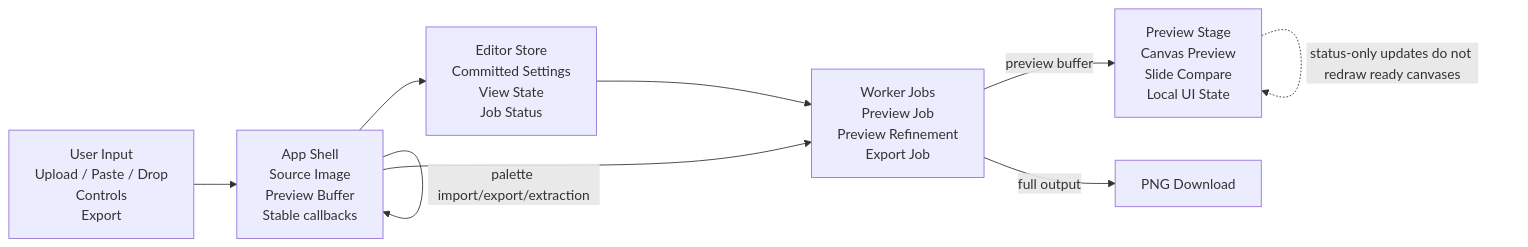
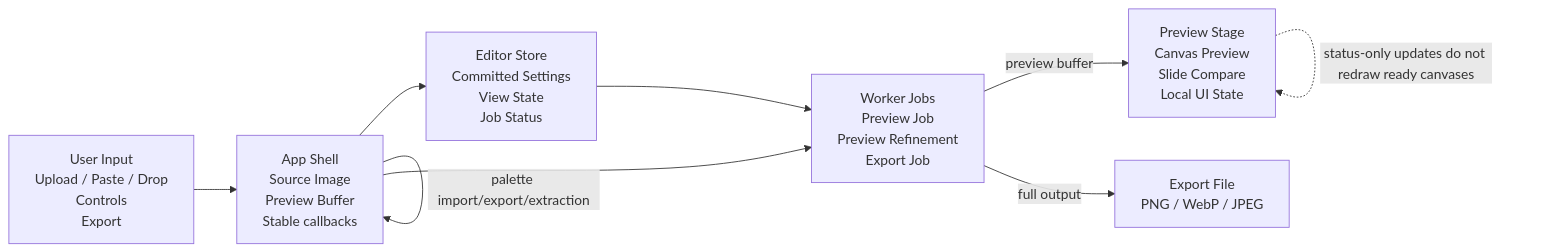
One commit to daanqq/imdither changed the diagram in README.md. Above: the diagram before and after it, drawn with Mermaid. The commit also changed other lines of this file and 38 other files, not shown here.

````diff
--- a/README.md
+++ b/README.md
@@ -74,18 +76,18 @@
 ```mermaid
 flowchart LR
   user["User Input<br/>Upload / Paste / Drop<br/>Controls<br/>Export"]
   app["App Shell<br/>Source Image<br/>Preview Buffer<br/>Stable callbacks"]
   store["Editor Store<br/>Committed Settings<br/>View State<br/>Job Status"]
   worker["Worker Jobs<br/>Preview Job<br/>Preview Refinement<br/>Export Job"]
   preview["Preview Stage<br/>Canvas Preview<br/>Slide Compare<br/>Local UI State"]
-  png["PNG Download"]
+  file["Export File<br/>PNG / WebP / JPEG"]
 
   user --> app
   app --> store
   app -->|palette import/export/extraction| app
   store --> worker
   app --> worker
   worker -->|preview buffer| preview
-  worker -->|full output| png
+  worker -->|full output| file
   preview -. status-only updates do not redraw ready canvases .-> preview
 ```
````
